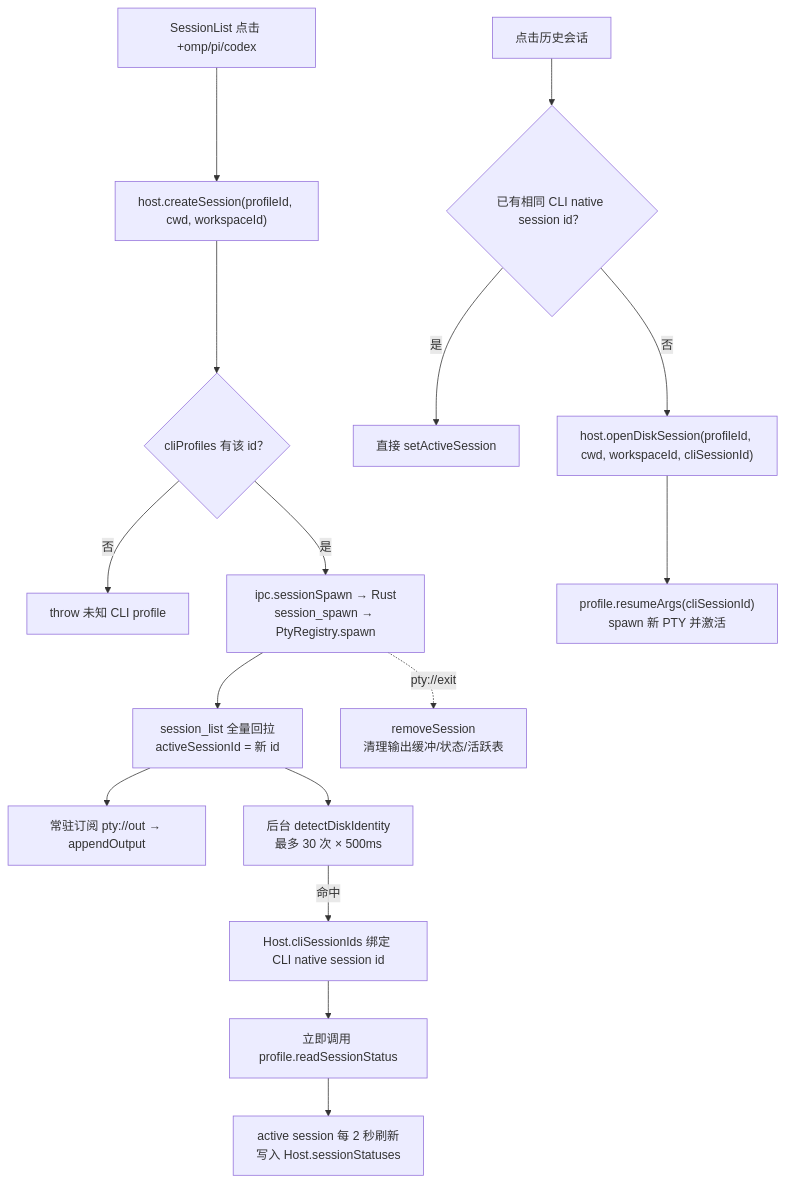
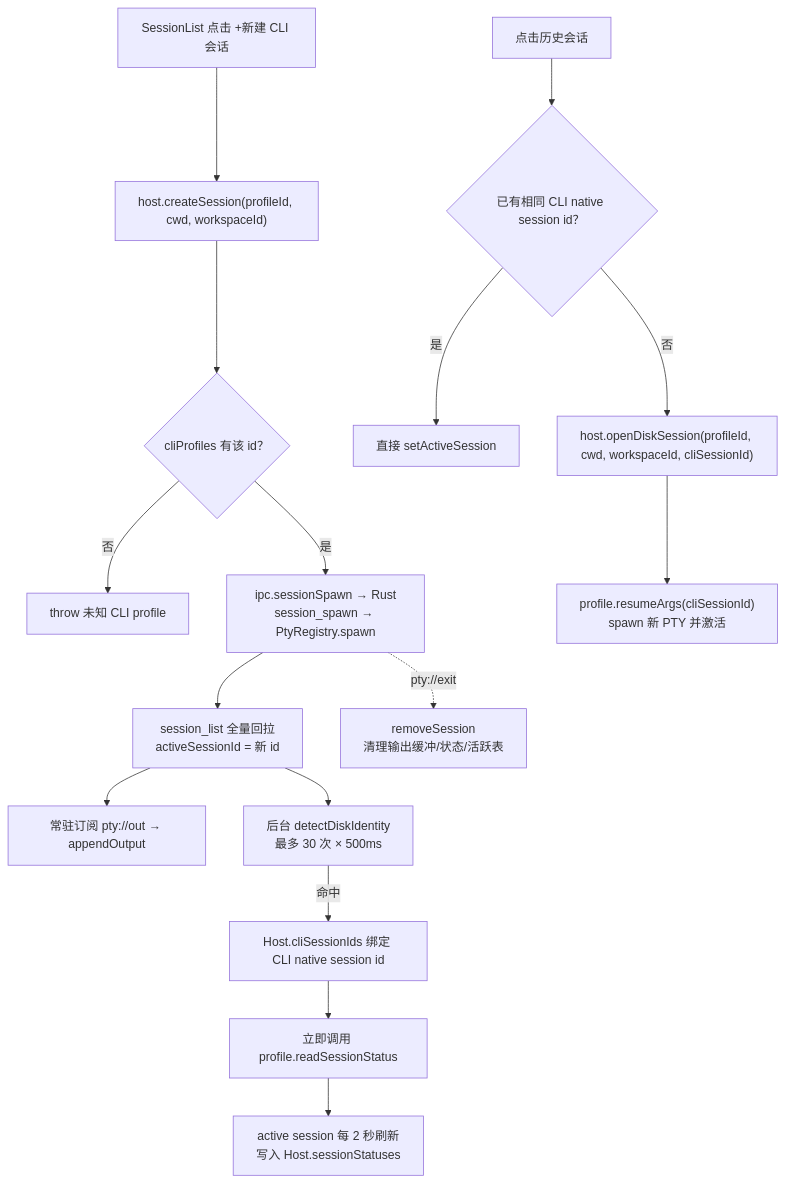
Before and after one commit to chenxiangning/tmd-cli: the sixth of 8 diagrams in docs/architecture/02-code-architecture.md, drawn with Mermaid. The commit also changed other lines of this file and 2 other files, not shown here.

Commit message:
docs: cli-claude 入能力矩阵与架构图 —— 触发器/会话存储/quota 分级实证记录,插件清单同步

````diff
--- a/docs/architecture/02-code-architecture.md
+++ b/docs/architecture/02-code-architecture.md
@@ -197,20 +199,20 @@
 ```mermaid
 flowchart TD
-    NEW["SessionList 点击 +omp/pi/codex"] --> CS["host.createSession(profileId, cwd, workspaceId)"]
+    NEW["SessionList 点击 +新建 CLI 会话"] --> CS["host.createSession(profileId, cwd, workspaceId)"]
     CS --> PROF{"cliProfiles 有该 id？"}
     PROF -->|否| ERR["throw 未知 CLI profile"]
     PROF -->|是| SP["ipc.sessionSpawn → Rust<br/>session_spawn → PtyRegistry.spawn"]
     SP --> META["session_list 全量回拉<br/>activeSessionId = 新 id"]
     META --> SUB["常驻订阅 pty://out → appendOutput"]
     META --> ID["后台 detectDiskIdentity<br/>最多 30 次 × 500ms"]
     ID -->|命中| BIND["Host.cliSessionIds 绑定 CLI native session id"]
     BIND --> STATUS["立即调用 profile.readSessionStatus"]
     STATUS --> POLL["active session 每 2 秒刷新<br/>写入 Host.sessionStatuses"]
 
     CLICK["点击历史会话"] --> LIVE{"已有相同 CLI native session id？"}
     LIVE -->|是| ACT["直接 setActiveSession"]
     LIVE -->|否| RES["host.openDiskSession(profileId, cwd, workspaceId, cliSessionId)"]
     RES --> RESARGS["profile.resumeArgs(cliSessionId)<br/>spawn 新 PTY 并激活"]
 
     SP -.->|pty://exit| EXIT["removeSession<br/>清理输出缓冲/状态/活跃表"]
 ```
````
